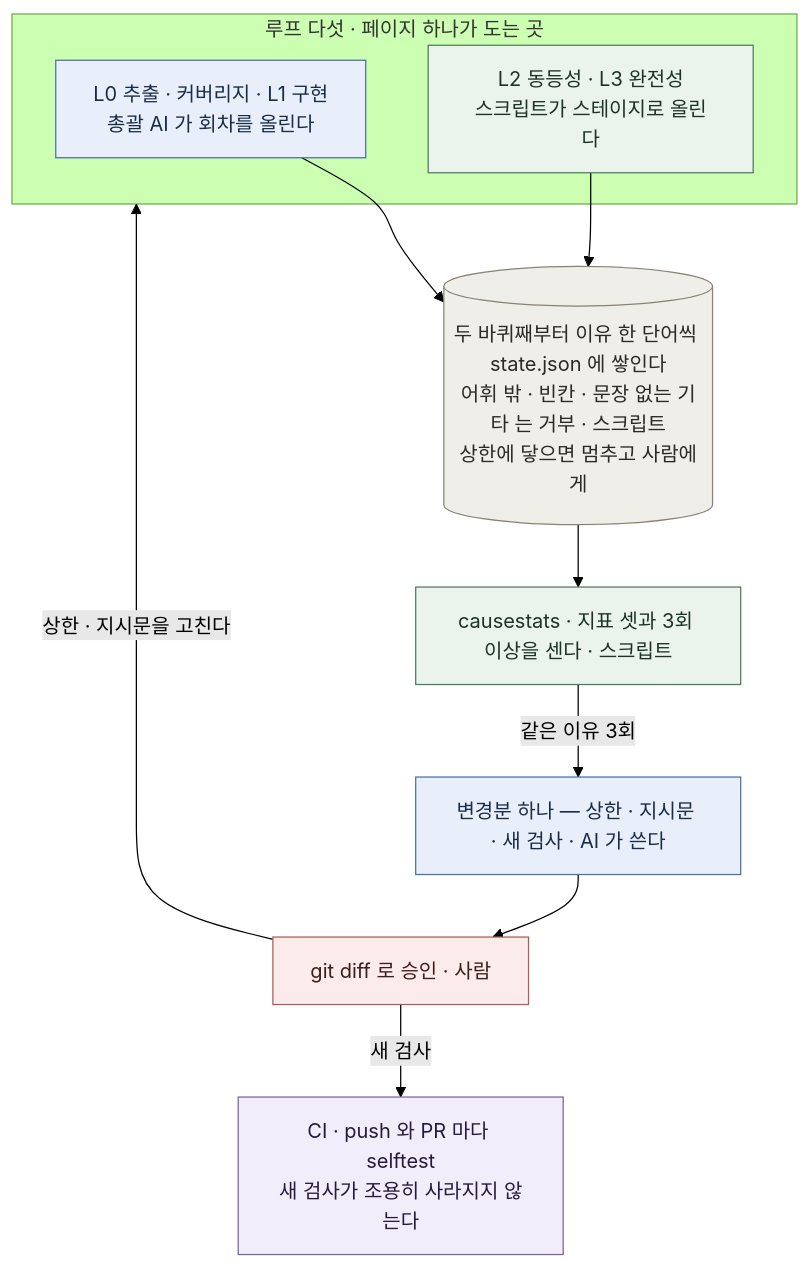
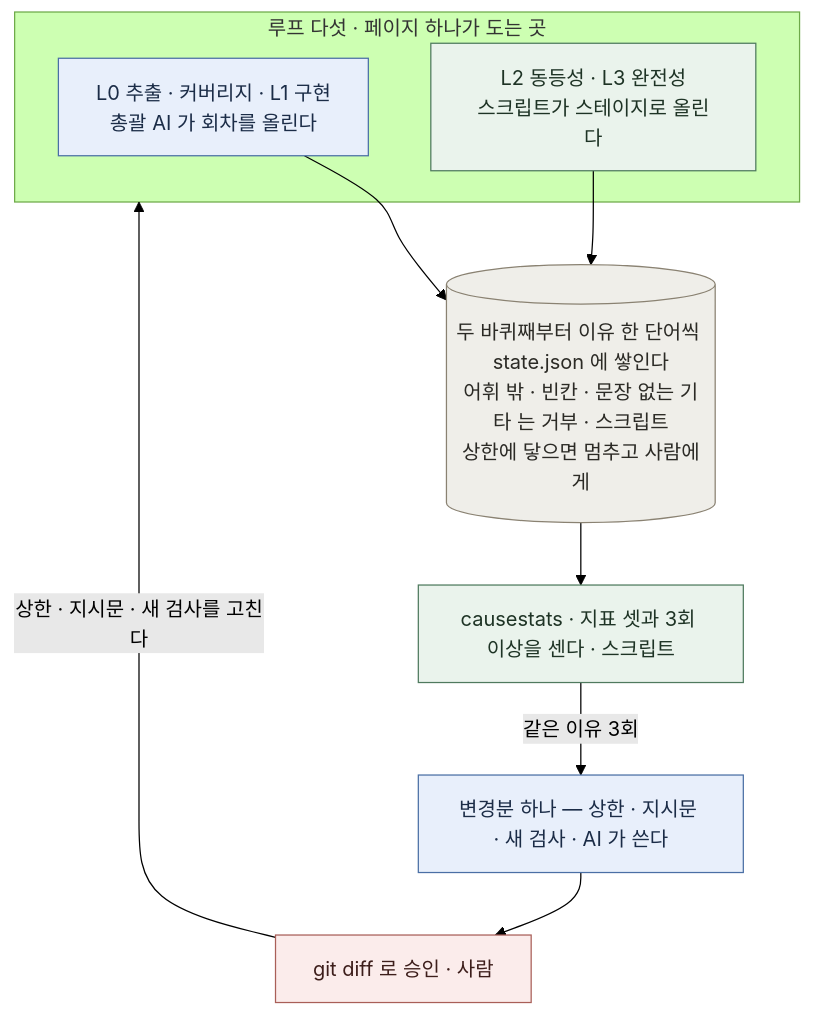
The diagram in docs/cause-loop.md (Combi153/my-claude-code-os), drawn with Mermaid (forest theme) before and after one commit. The commit also changed other lines of this file and 5 other files, not shown here.

````diff
--- a/docs/cause-loop.md
+++ b/docs/cause-loop.md
@@ -11,26 +11,23 @@
 ```mermaid
 flowchart TB
   classDef human  fill:#fbeceb,stroke:#a95f58,color:#3d1e1b
   classDef ai     fill:#e8effb,stroke:#4a6fa5,color:#1b2c47
   classDef script fill:#eaf3ec,stroke:#4f7a5e,color:#1e3325
-  classDef ci     fill:#f2edfa,stroke:#7a63a5,color:#271b3d
   classDef store  fill:#efeee9,stroke:#8a8272,color:#2b2a25
 
   subgraph LOOPS["루프 다섯 · 페이지 하나가 도는 곳"]
     UP["L0 추출 · 커버리지 · L1 구현<br/>총괄 AI 가 회차를 올린다"]:::ai
     DN["L2 동등성 · L3 완전성<br/>스크립트가 스테이지로 올린다"]:::script
   end
 
   STORE[("두 바퀴째부터 이유 한 단어씩 state.json 에 쌓인다<br/>어휘 밖 · 빈칸 · 문장 없는 기타 는 거부 · 스크립트<br/>상한에 닿으면 멈추고 사람에게")]:::store
   AGG["causestats · 지표 셋과 3회 이상을 센다 · 스크립트"]:::script
   CHG["변경분 하나 — 상한 · 지시문 · 새 검사 · AI 가 쓴다"]:::ai
   OK["git diff 로 승인 · 사람"]:::human
-  CI["CI · push 와 PR 마다 selftest<br/>새 검사가 조용히 사라지지 않는다"]:::ci
 
   UP --> STORE
   DN --> STORE
   STORE --> AGG
   AGG -- "같은 이유 3회" --> CHG --> OK
-  OK -- "상한 · 지시문을 고친다" --> LOOPS
-  OK -- "새 검사" --> CI
+  OK -- "상한 · 지시문 · 새 검사를 고친다" --> LOOPS
 ```
````
